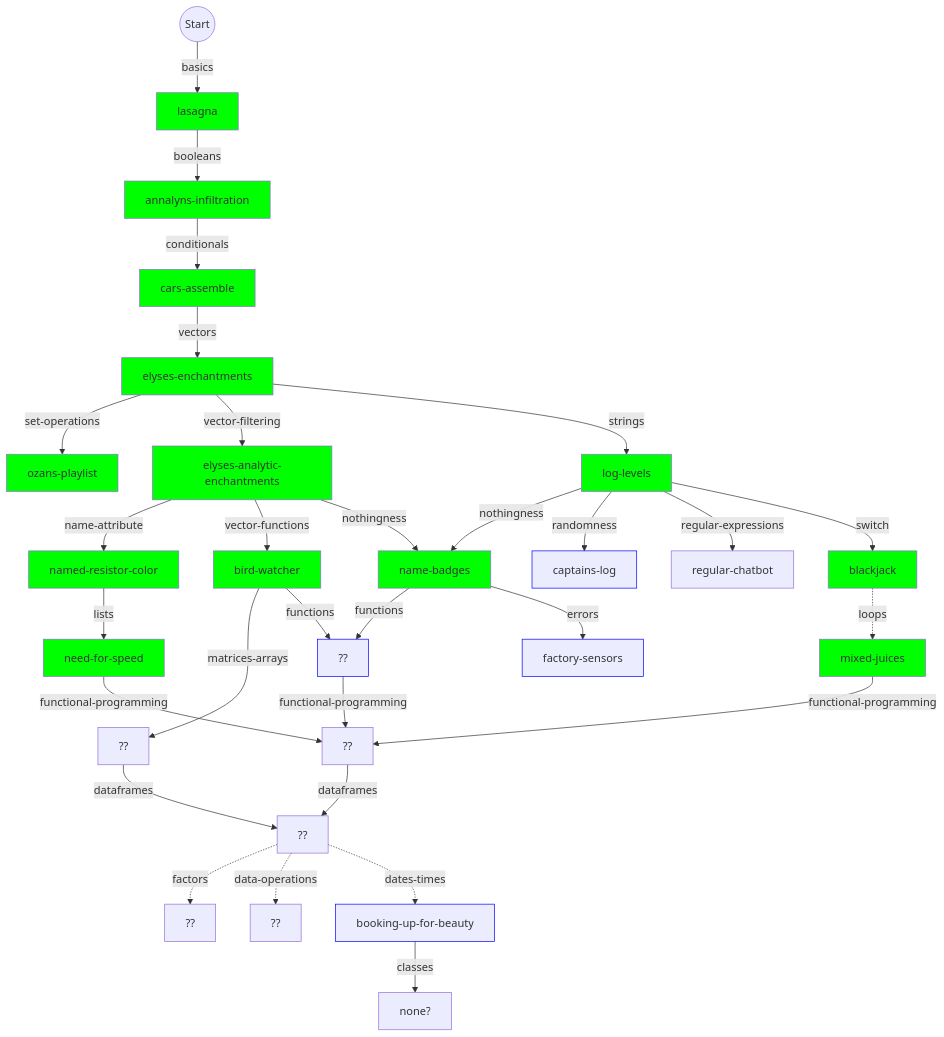
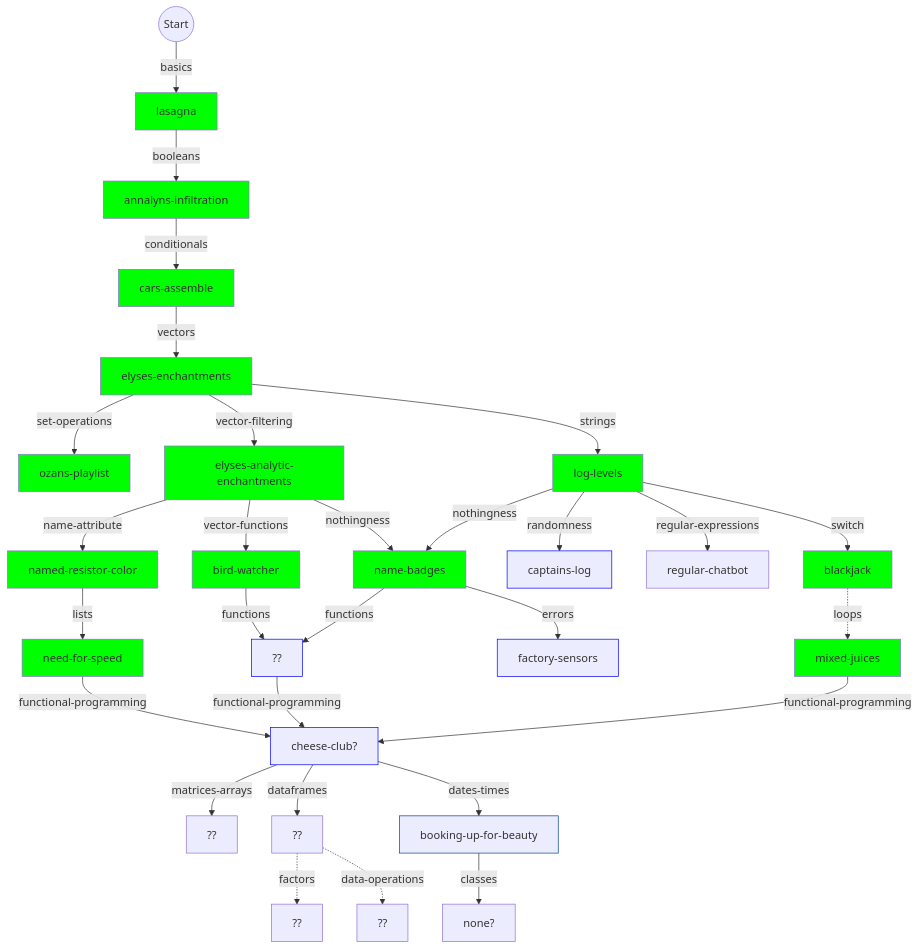
One commit to colinleach/learning-track-doodles changed the first of 2 diagrams in r/flowchart.md. Above: the diagram before and after it, drawn with Mermaid. The commit also changed 19 other files, not shown here.

````diff
--- a/r/flowchart.md
+++ b/r/flowchart.md
@@ -10,75 +10,74 @@
 ```mermaid
 graph TD
     
 start(("Start")) --basics--> basics["lasagna"]
 style basics fill:#0f0
 
 basics --booleans--> booleans["annalyns-infiltration"]
 style booleans fill:#0f0
 
 booleans --conditionals--> conditionals["cars-assemble"]
 style conditionals fill:#0f0
 
 conditionals --vectors--> vectors["elyses-enchantments"]
 style vectors fill:#0f0
 
 switch -.loops.-> loops["mixed-juices"]
 style loops fill:#0f0
 
 vectors --set-operations--> set-operations["ozans-playlist"]
 style set-operations fill:#0f0
 
 name-attribute --lists--> lists["need-for-speed"]
 style lists fill:#0f0
 
 vectors --vector-filtering--> vector-filtering["elyses-analytic-enchantments"]
 style vector-filtering fill:#0f0
 
 vector-filtering --name-attribute--> name-attribute["named-resistor-color"]
 style name-attribute fill:#0f0
 
 vector-filtering --vector-functions--> vector-functions["bird-watcher"]
 style vector-functions fill:#0f0
 
 vectors --strings--> strings["log-levels"]
 style strings fill:#0f0
 
 vector-filtering --nothingness--> nothingness["name-badges"]
 strings --nothingness--> nothingness["name-badges"]
 style nothingness fill:#0f0
 
 strings --randomness--> randomness["captains-log"]
 style randomness stroke:#00f
 
 strings --regular-expressions--> regular-expressions["regular-chatbot"]
 
 strings --switch--> switch["blackjack"]
 style switch fill:#0f0
 
-lists --functional-programming--> functional-programming["??"]
-functions --functional-programming--> functional-programming["??"]
-loops --functional-programming--> functional-programming["??"]
-
-vector-functions --matrices-arrays--> matrices-arrays["??"]
+functional-programming --matrices-arrays--> matrices-arrays["??"]
 style functions stroke:#00f
 
+lists --functional-programming--> functional-programming["cheese-club?"]
+functions --functional-programming--> functional-programming["cheese-club?"]
+loops --functional-programming--> functional-programming["cheese-club?"]
+style functional-programming stroke:#00f
+
 functional-programming --dataframes--> dataframes["??"]
-
-matrices-arrays --dataframes--> dataframes
 
 dataframes -.factors.-> factors["??"]
 
 dataframes -.data-operations.-> data-operations["??"]
 
-dataframes -.dates-times.-> dates-times["booking-up-for-beauty"]
+functional-programming --dates-times--> dates-times["booking-up-for-beauty"]
 
 vector-functions --functions--> functions["??"]
 nothingness --functions--> functions["??"]
 
 nothingness --errors--> errors["factory-sensors "]
 style errors stroke:#00f
 
 dates-times --classes--> classes["none?"]
-style dates-times stroke:#00f
+style dates-times stroke:#048
 
 ```
````
